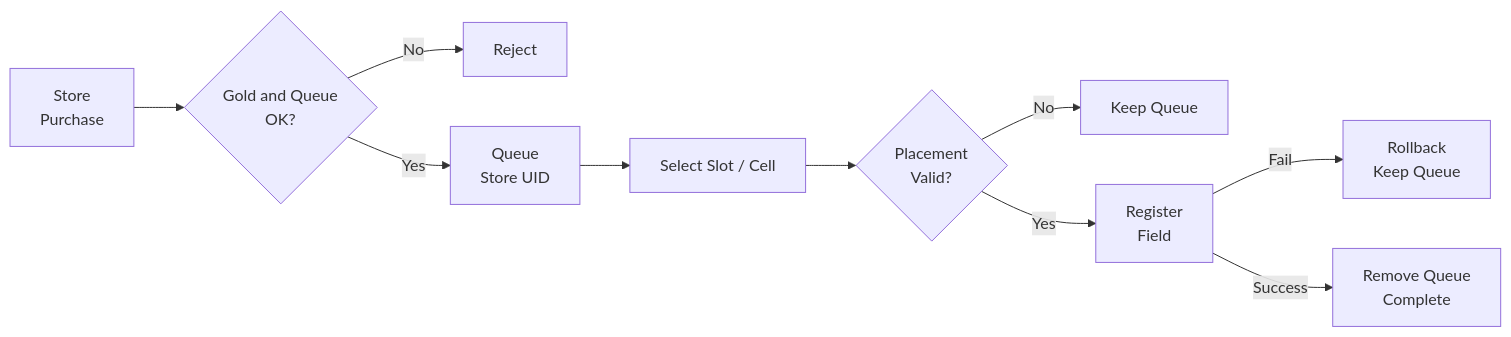
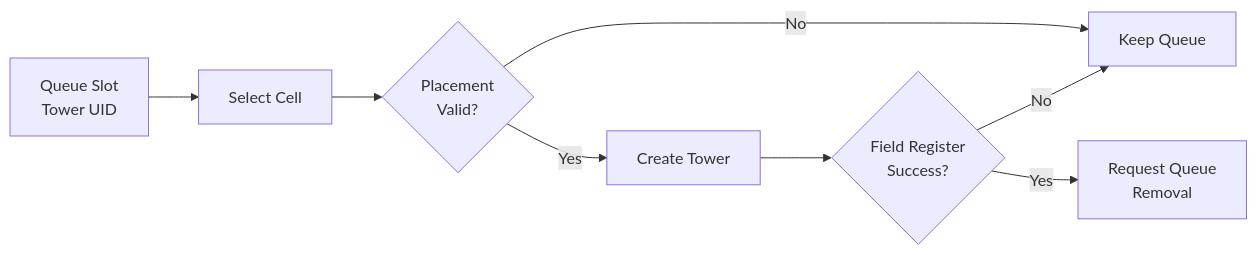
Before and after one commit to limrum09/RandomTowerDefence: the fourth of 6 diagrams in README.md, drawn with Mermaid. The commit also changed other lines of this file and 6 other files, not shown here.

````diff
--- a/README.md
+++ b/README.md
@@ -76,14 +185,10 @@
 ```mermaid
 flowchart LR
-    Store["Store<br/>Purchase"] --> Check{"Gold and Queue<br/>OK?"}
-    Check -->|No| Reject["Reject"]
-    Check -->|Yes| Queue["Queue<br/>Store UID"]
-
-    Queue --> Select["Select Slot / Cell"]
-    Select --> Validate{"Placement<br/>Valid?"}
-    Validate -->|No| Keep["Keep Queue"]
-    Validate -->|Yes| Register["Register<br/>Field"]
-
-    Register -->|Fail| Rollback["Rollback<br/>Keep Queue"]
-    Register -->|Success| Done["Remove Queue<br/>Complete"]
+    Queue["Queue Slot<br/>Tower UID"] --> Select["Select Cell"]
+    Select --> Check{"Placement<br/>Valid?"}
+    Check -->|No| Keep["Keep Queue"]
+    Check -->|Yes| Create["Create Tower"]
+    Create --> Register{"Field Register<br/>Success?"}
+    Register -->|No| Keep
+    Register -->|Yes| Remove["Request Queue<br/>Removal"]
 ```
````
